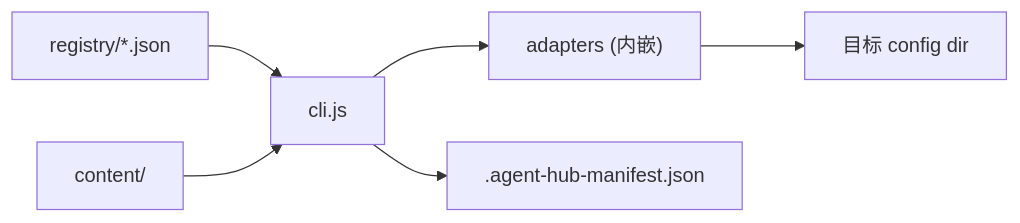
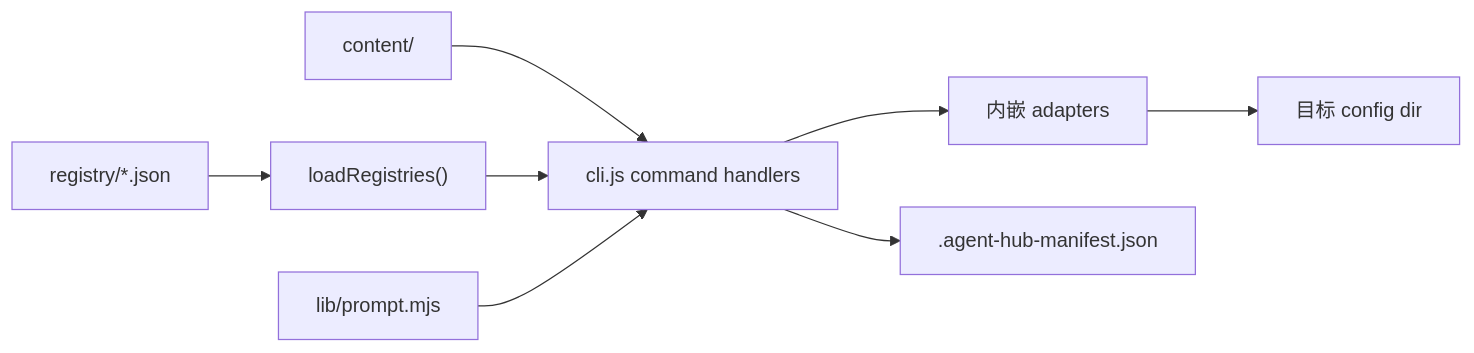
One commit to YoungerYang-Y/agent-hub changed the diagram in ARCHITECTURE.md. Above: the diagram before and after it, drawn with Mermaid. The commit also changed other lines of this file and 17 other files, not shown here.

````diff
--- a/ARCHITECTURE.md
+++ b/ARCHITECTURE.md
@@ -13,8 +13,10 @@
 ```mermaid
 flowchart LR
-  Registry["registry/*.json"] --> CLI["cli.js"]
+  Registry["registry/*.json"] --> Loader["loadRegistries()"]
   Content["content/"] --> CLI
-  CLI --> Adapters["adapters (内嵌)"]
+  Loader --> CLI["cli.js command handlers"]
+  Prompt["lib/prompt.mjs"] --> CLI
+  CLI --> Adapters["内嵌 adapters"]
   Adapters --> Target["目标 config dir"]
   CLI --> Manifest[".agent-hub-manifest.json"]
 ```
````
